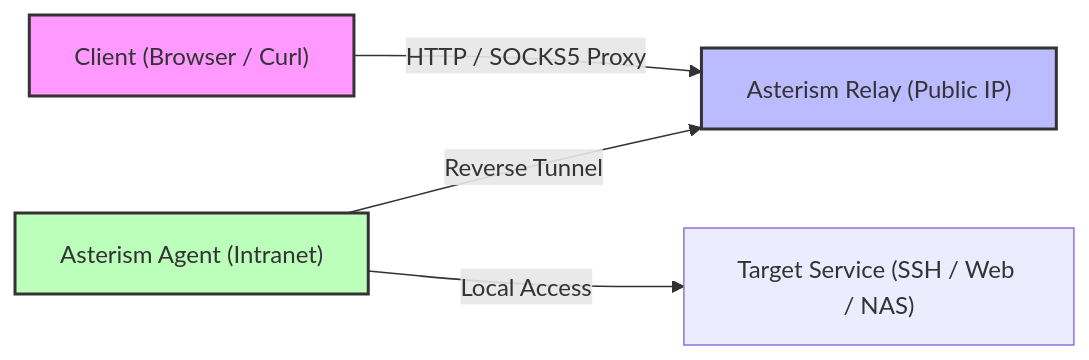
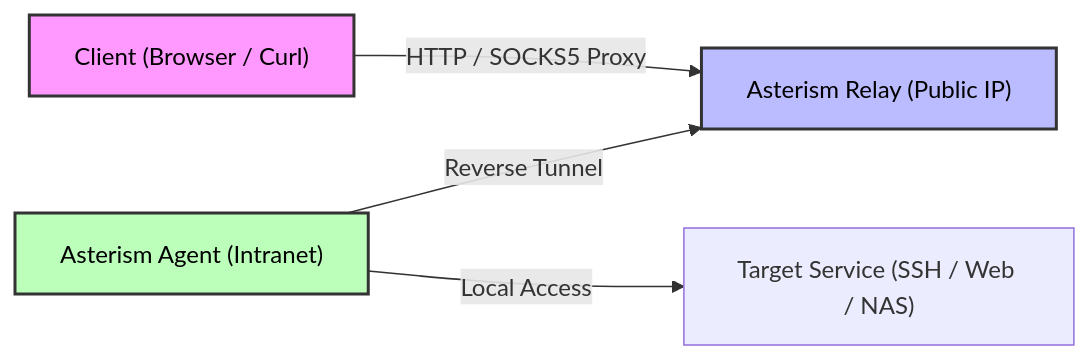
The first of 2 diagrams in README.md (sosopop/asterism), drawn with Mermaid before and after one commit. The commit also changed other lines of this file and 1 other file, not shown here.

Commit message:
fix: Update diagram styles in README files for consistency and clarity

````diff
--- a/README.md
+++ b/README.md
@@ -30,10 +30,10 @@
 ```mermaid
 graph LR
     Client["Client (Browser / Curl)"] -->|HTTP / SOCKS5 Proxy| Relay["Asterism Relay (Public IP)"]
     Agent["Asterism Agent (Intranet)"] -->|Reverse Tunnel| Relay
     Agent -->|Local Access| Target["Target Service (SSH / Web / NAS)"]
 
-    style Client fill:#f9f,stroke:#333,stroke-width:2px
-    style Relay fill:#bbf,stroke:#333,stroke-width:2px
-    style Agent fill:#bfb,stroke:#333,stroke-width:2px
+    style Client fill:#f9f,stroke:#333,stroke-width:2px,color:#000
+    style Relay fill:#bbf,stroke:#333,stroke-width:2px,color:#000
+    style Agent fill:#bfb,stroke:#333,stroke-width:2px,color:#000
 ```
````
